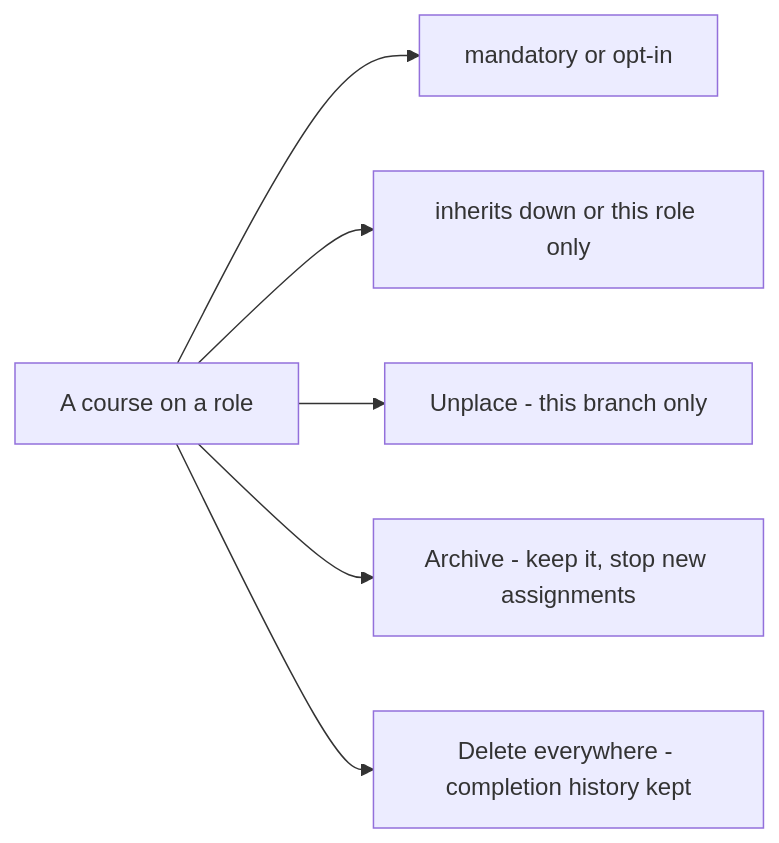
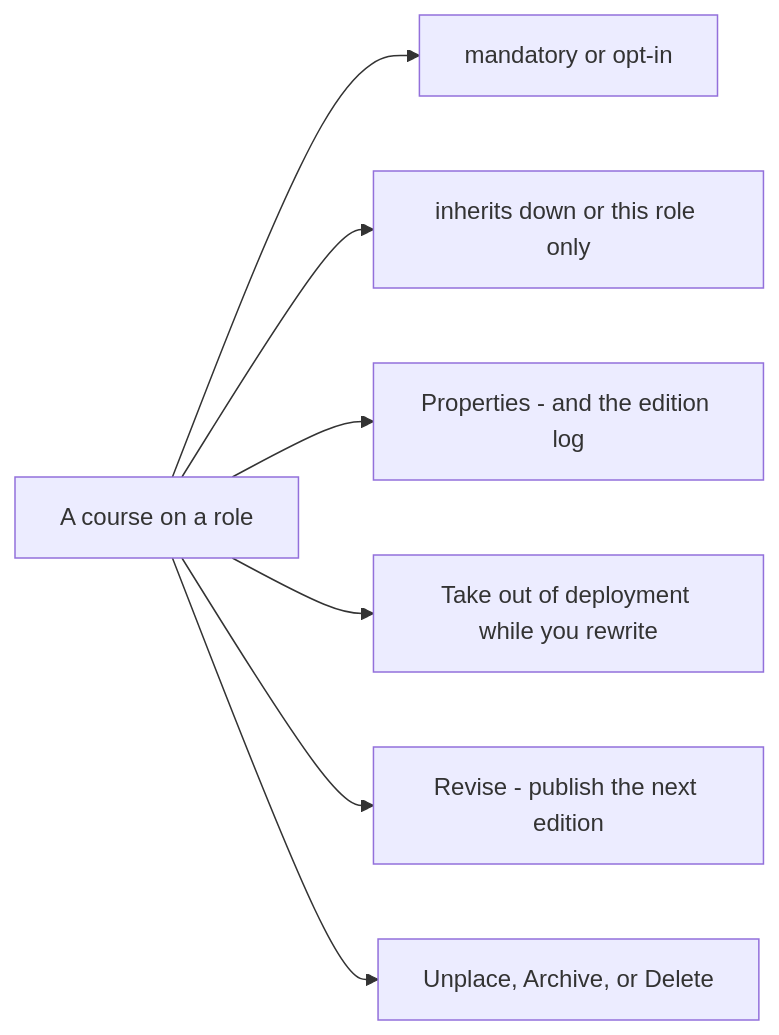
Before and after one commit to ignitelogic1519/Organisation-Knowledge-Vault: the eighth of 53 diagrams in apps/web/public/guide/Knowledge-Vault-Main-Guide-Book.md, drawn with Mermaid. The commit also changed other lines of this file and 31 other files, not shown here.

````diff
--- a/apps/web/public/guide/Knowledge-Vault-Main-Guide-Book.md
+++ b/apps/web/public/guide/Knowledge-Vault-Main-Guide-Book.md
@@ -929,8 +1465,9 @@
 ```mermaid
 flowchart LR
     A["A course on a role"] --> B["mandatory or opt-in"]
     A --> C["inherits down or this role only"]
-    A --> D["Unplace - this branch only"]
-    A --> E["Archive - keep it, stop new assignments"]
-    A --> F["Delete everywhere - completion history kept"]
+    A --> D["Properties - and the edition log"]
+    A --> E["Take out of deployment while you rewrite"]
+    A --> F["Revise - publish the next edition"]
+    A --> G["Unplace, Archive, or Delete"]
 ```
````
